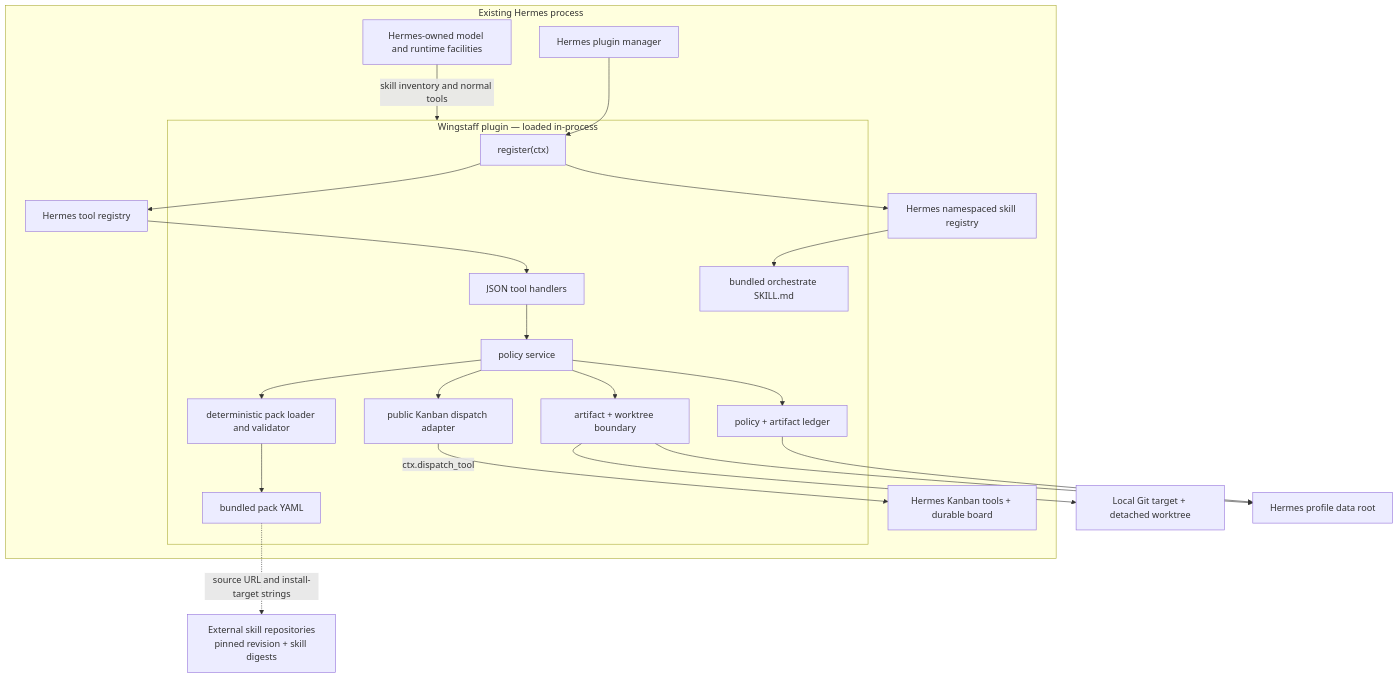
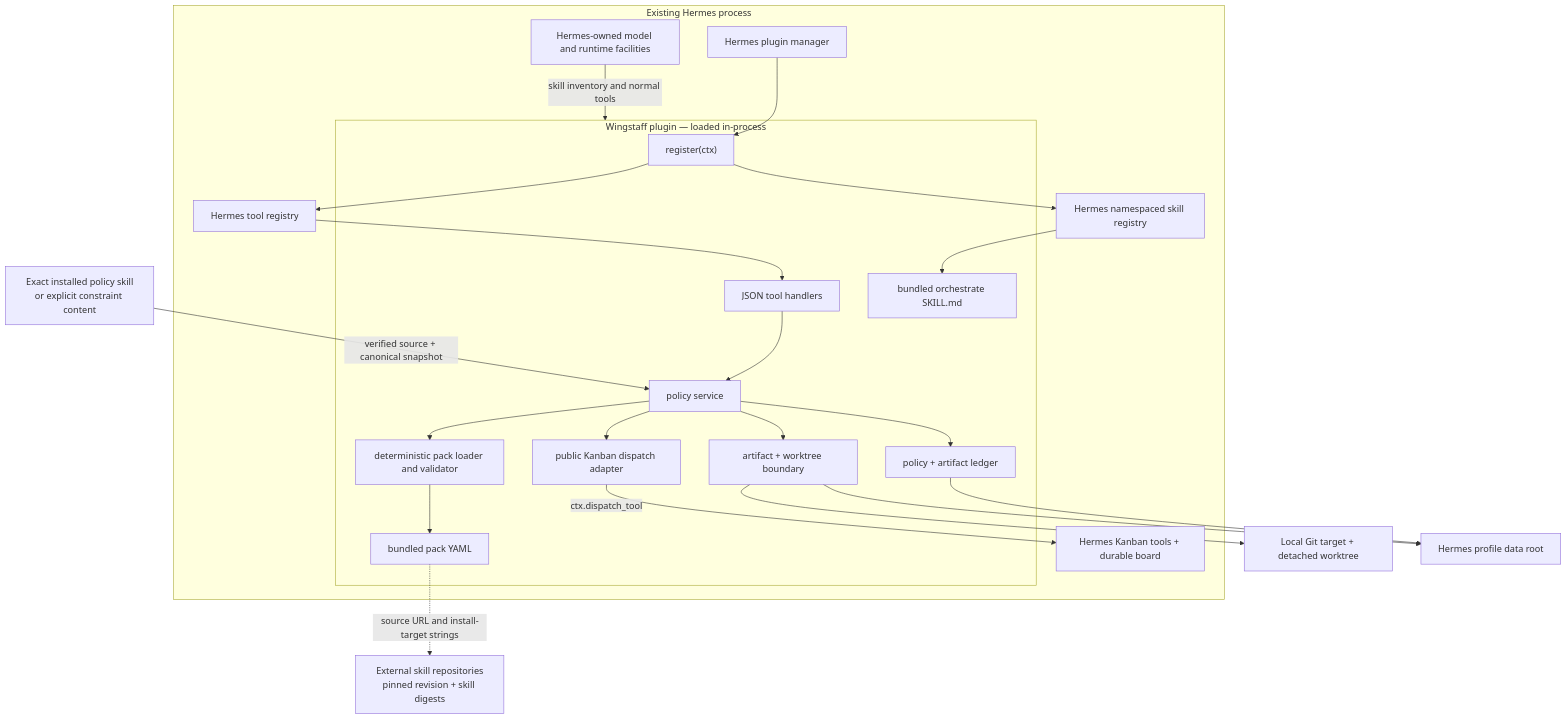
Before and after one commit to forgegod/daidala: the first of 3 diagrams in docs/01-architecture.md, drawn with Mermaid. The commit also changed other lines of this file and 8 other files, not shown here.

````diff
--- a/docs/01-architecture.md
+++ b/docs/01-architecture.md
@@ -16,44 +16,46 @@
 ```mermaid
 flowchart TB
     subgraph H["Existing Hermes process"]
         PM["Hermes plugin manager"]
         TR["Hermes tool registry"]
         SR["Hermes namespaced skill registry"]
         HOST["Hermes-owned model and runtime facilities"]
         KB["Hermes Kanban tools + durable board"]
 
         subgraph W["Wingstaff plugin — loaded in-process"]
             REG["register(ctx)"]
             TOOL["JSON tool handlers"]
             PACK["deterministic pack loader and validator"]
             SERVICE["policy service"]
             STATE["policy + artifact ledger"]
             EXEC["artifact + worktree boundary"]
             KBA["public Kanban dispatch adapter"]
             SKILL["bundled orchestrate SKILL.md"]
             YAML["bundled pack YAML"]
         end
 
         PM --> REG
         REG --> TR
         REG --> SR
         TR --> TOOL
         TOOL --> SERVICE
         SERVICE --> PACK
         SERVICE --> STATE
         SERVICE --> EXEC
         SERVICE --> KBA
         KBA -->|"ctx.dispatch_tool"| KB
         PACK --> YAML
         SR --> SKILL
         HOST -->|"skill inventory and normal tools"| W
     end
 
     TARGET["Local Git target + detached worktree"]
     DATA["Hermes profile data root"]
     EXT["External skill repositories<br>pinned revision + skill digests"]
+    POLICY["Exact installed policy skill<br>or explicit constraint content"]
     EXEC --> TARGET
     STATE --> DATA
     EXEC --> DATA
     YAML -."source URL and install-target strings".-> EXT
+    POLICY -->|"verified source + canonical snapshot"| SERVICE
 ```
````
